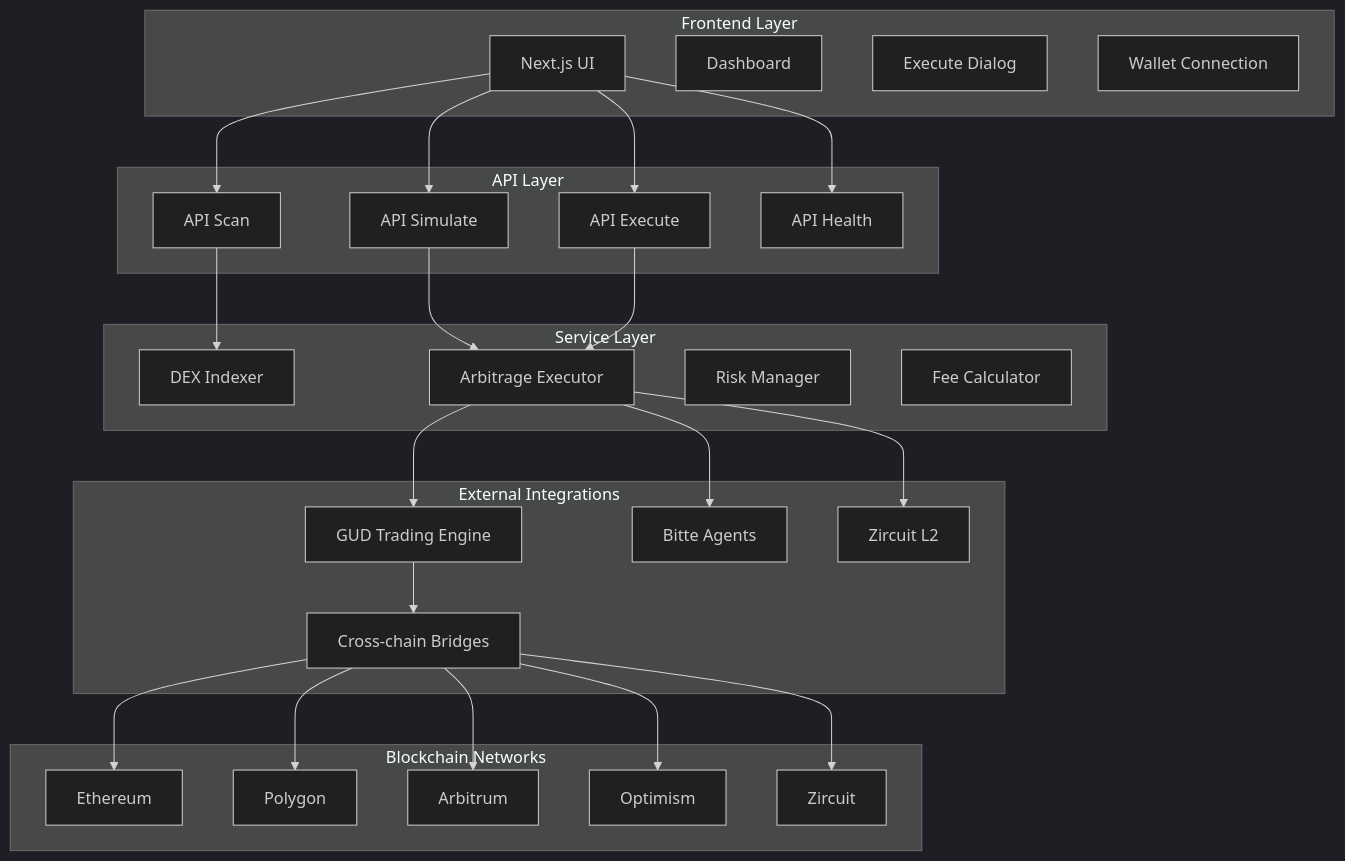
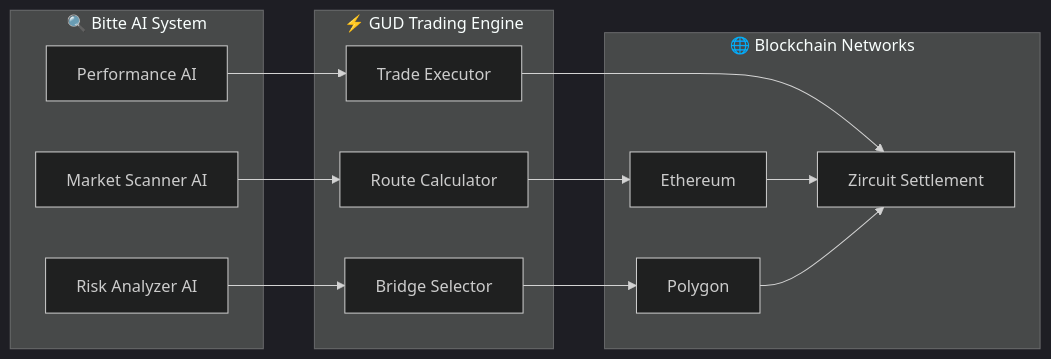
The second of 3 diagrams in FLOW-DIAGRAM.md (DHB94/ArbiZirQ), drawn with Mermaid (dark theme) before and after one commit. The commit also changed other lines of this file, not shown here.

Commit message:
refactor: Revise flow documentation

````diff
--- a/FLOW-DIAGRAM.md
+++ b/FLOW-DIAGRAM.md
@@ -7,58 +154,31 @@
 ```mermaid
-graph TB
-    subgraph "Frontend Layer"
-        UI[Next.js UI]
-        DASH[Dashboard]
-        EXEC[Execute Dialog]
-        WALLET[Wallet Connection]
+graph LR
+    subgraph "🔍 Bitte AI System"
+        AI[Market Scanner AI]
+        RISK[Risk Analyzer AI]
+        OPT[Performance AI]
     end
     
-    subgraph "API Layer"
-        SCAN_API[API Scan]
-        SIM_API[API Simulate]
-        EXECUTE_API[API Execute]
-        HEALTH_API[API Health]
+    subgraph "⚡ GUD Trading Engine"
+        ROUTE[Route Calculator]
+        BRIDGE[Bridge Selector]
+        EXEC[Trade Executor]
     end
     
-    subgraph "Service Layer"
-        DEX[DEX Indexer]
-        ARB_SVC[Arbitrage Executor]
-        RISK[Risk Manager]
-        CALC[Fee Calculator]
+    subgraph "🌐 Blockchain Networks"
+        ETH[Ethereum]
+        POLY[Polygon]
+        ZIR[Zircuit Settlement]
     end
     
-    subgraph "External Integrations"
-        GUD[GUD Trading Engine]
-        BITTE[Bitte Agents]
-        ZIRCUIT[Zircuit L2]
-        BRIDGE[Cross-chain Bridges]
-    end
+    AI --> ROUTE
+    RISK --> BRIDGE
+    OPT --> EXEC
     
-    subgraph "Blockchain Networks"
-        ETH[Ethereum]
-        POLY[Polygon]
-        ARB_NET[Arbitrum]
-        OPT[Optimism]
-        ZIR[Zircuit]
-    end
+    ROUTE --> ETH
+    BRIDGE --> POLY
+    EXEC --> ZIR
     
-    UI --> SCAN_API
-    UI --> SIM_API
-    UI --> EXECUTE_API
-    UI --> HEALTH_API
-    
-    SCAN_API --> DEX
-    SIM_API --> ARB_SVC
-    EXECUTE_API --> ARB_SVC
-    
-    ARB_SVC --> GUD
-    ARB_SVC --> BITTE
-    ARB_SVC --> ZIRCUIT
-    
-    GUD --> BRIDGE
-    BRIDGE --> ETH
-    BRIDGE --> POLY
-    BRIDGE --> ARB_NET
-    BRIDGE --> OPT
-    BRIDGE --> ZIR
+    ETH --> ZIR
+    POLY --> ZIR
 ```
````
